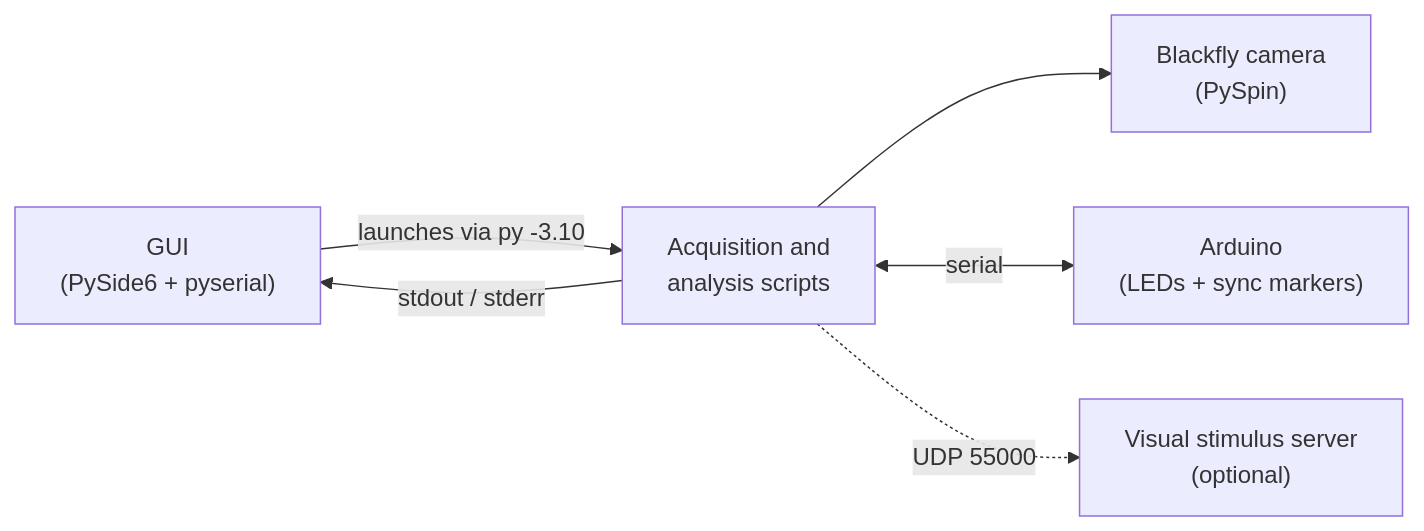
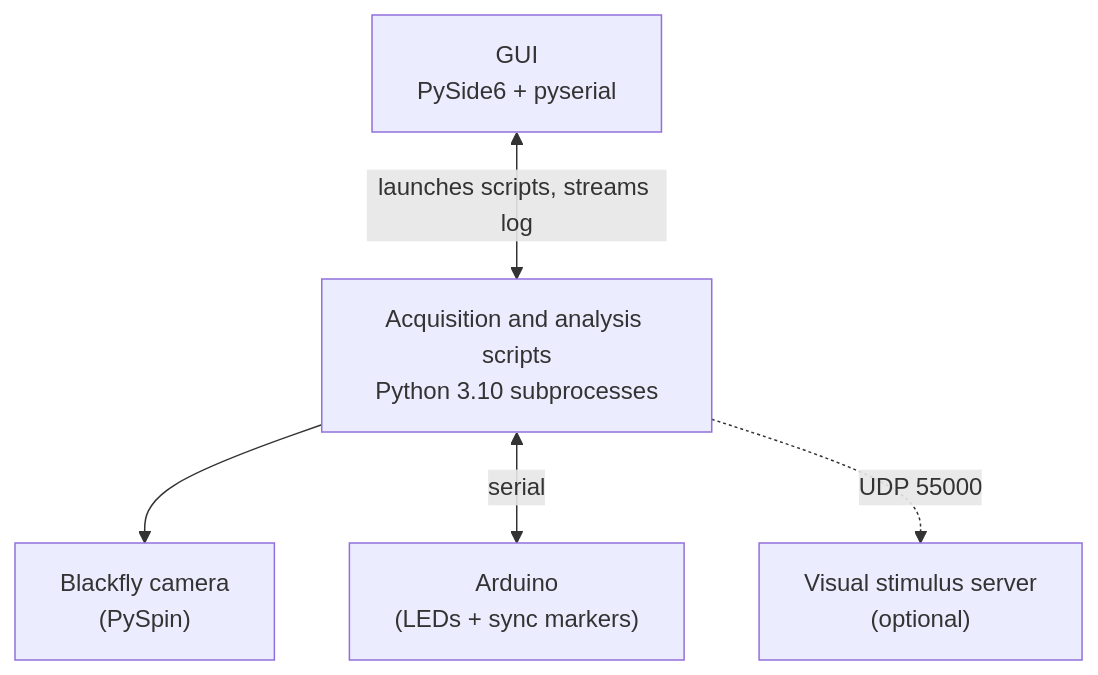
The diagram in README.md (Gonzales-Lab-Vanderbilt/IOI-Control-Panel), drawn with Mermaid before and after one commit. The commit also changed other lines of this file, not shown here.

Commit message:
Revise flowchart layout and descriptions in README
Updated flowchart to a top-bottom layout and clarified components.

````diff
--- a/README.md
+++ b/README.md
@@ -17,8 +17,13 @@
 ```mermaid
-flowchart LR
-    GUI["GUI<br/>(PySide6 + pyserial)"] -->|"launches via py -3.10"| S["Acquisition and<br/>analysis scripts"]
-    S -->|"stdout / stderr"| GUI
-    S --> CAM["Blackfly camera<br/>(PySpin)"]
-    S <-->|"serial"| ARD["Arduino<br/>(LEDs + sync markers)"]
-    S -.->|"UDP 55000"| STIM["Visual stimulus server<br/>(optional)"]
+flowchart TB
+    GUI["GUI<br/>PySide6 + pyserial"]
+    S["Acquisition and analysis scripts<br/>Python 3.10 subprocesses"]
+    CAM["Blackfly camera<br/>(PySpin)"]
+    ARD["Arduino<br/>(LEDs + sync markers)"]
+    STIM["Visual stimulus server<br/>(optional)"]
+ 
+    GUI <-->|"launches scripts, streams log"| S
+    S --> CAM
+    S <-->|"serial"| ARD
+    S -.->|"UDP 55000"| STIM
 ```
````
